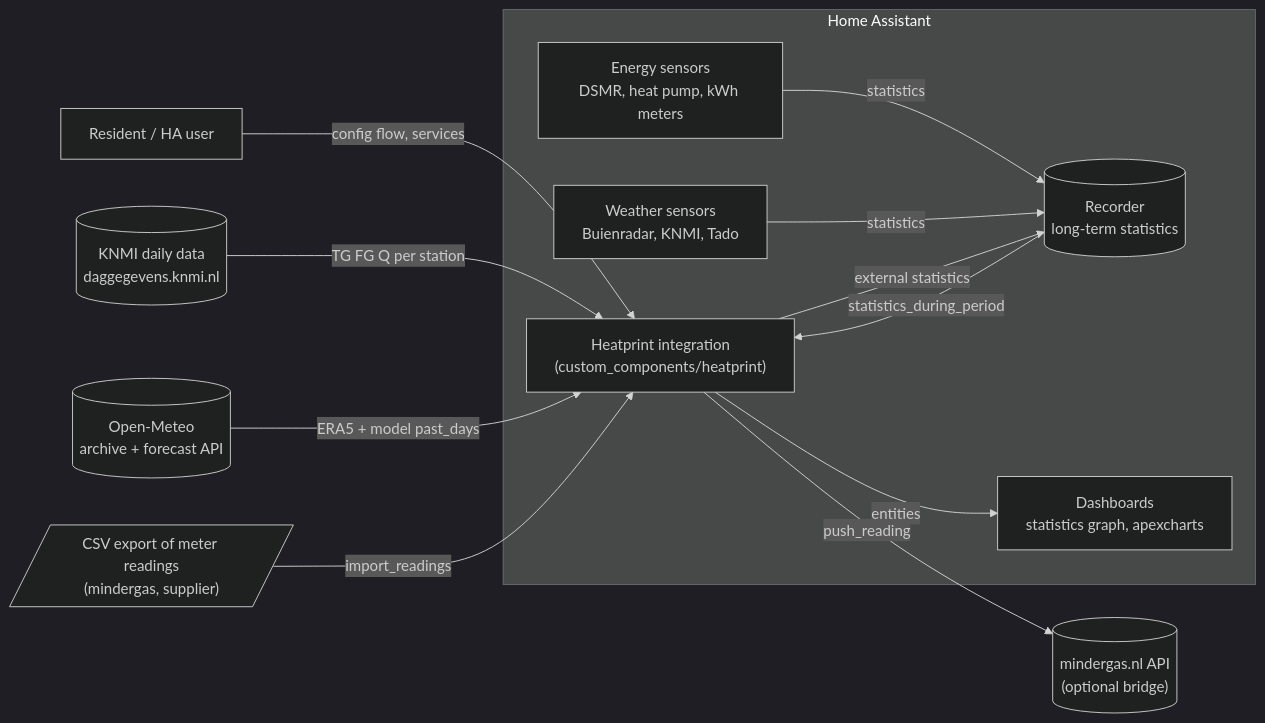
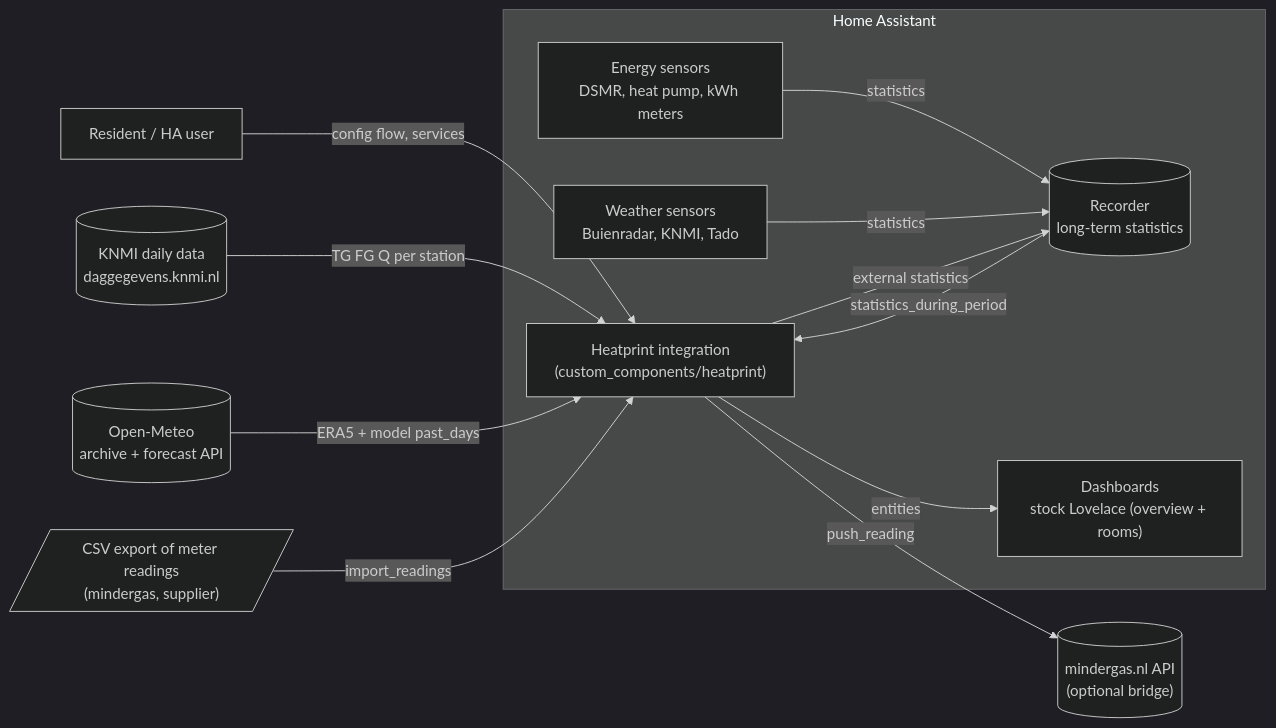
Before and after one commit to nicohabets/heatprint: the first of 3 diagrams in docs/ARCHITECTURE.md, drawn with Mermaid (dark theme). The commit also changed other lines of this file and 10 other files, not shown here.

First line of the commit message:
docs: align architecture docs with shipped v0.2.1 first-run

````diff
--- a/docs/ARCHITECTURE.md
+++ b/docs/ARCHITECTURE.md
@@ -24,26 +24,26 @@
 ```mermaid
 flowchart LR
     U[Resident / HA user]
     subgraph HA["Home Assistant"]
         HP["Heatprint integration<br/>(custom_components/heatprint)"]
         REC[("Recorder<br/>long-term statistics")]
         ENT["Energy sensors<br/>DSMR, heat pump, kWh meters"]
         WS["Weather sensors<br/>Buienradar, KNMI, Tado"]
-        DASH["Dashboards<br/>statistics graph, apexcharts"]
+        DASH["Dashboards<br/>stock Lovelace (overview + rooms)"]
     end
     KNMI[("KNMI daily data<br/>daggegevens.knmi.nl")]
     OM[("Open-Meteo<br/>archive + forecast API")]
     MG[("mindergas.nl API<br/>(optional bridge)")]
     CSV[/"CSV export of meter readings<br/>(mindergas, supplier)"/]
 
     U -->|config flow, services| HP
     ENT -->|statistics| REC
     WS -->|statistics| REC
     REC -->|statistics_during_period| HP
     HP -->|external statistics| REC
     HP -->|entities| DASH
     KNMI -->|TG FG Q per station| HP
     OM -->|ERA5 + model past_days| HP
     CSV -->|import_readings| HP
     HP -->|push_reading| MG
 ```
````
